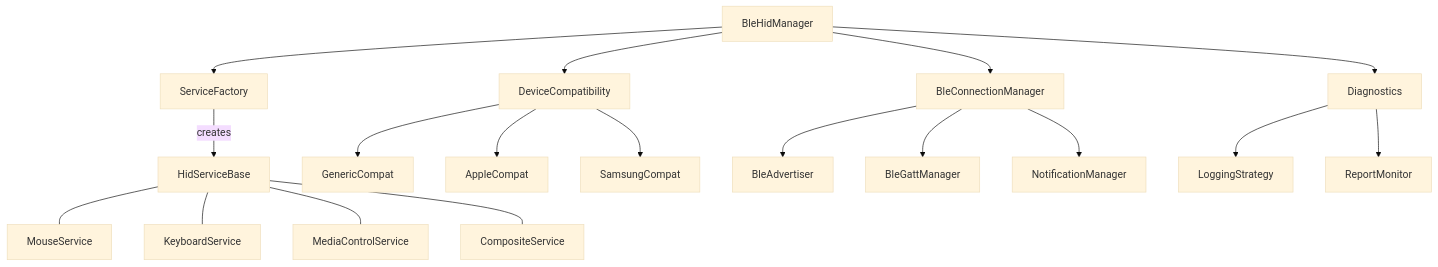
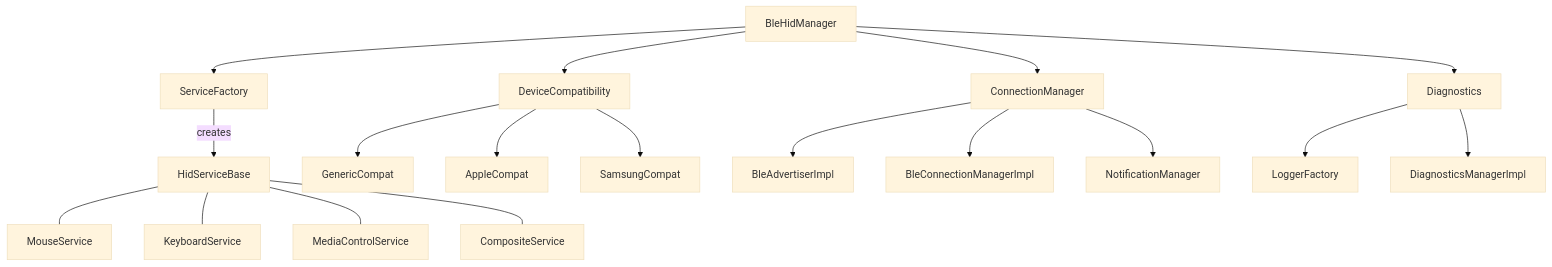
One commit to inventonater/android-ble-hid changed the diagram in docs/architecture/overview.md. Above: the diagram before and after it, drawn with Mermaid (base theme). The commit also changed other lines of this file and 3 other files, not shown here.

````diff
--- a/docs/architecture/overview.md
+++ b/docs/architecture/overview.md
@@ -7,20 +7,20 @@
 ```mermaid
 graph TD
     A[BleHidManager] --> B[ServiceFactory]
     B -->|creates| C[HidServiceBase]
     C --- D[MouseService]
     C --- E[KeyboardService]
     C --- F[MediaControlService]
     C --- G[CompositeService]
     H[DeviceCompatibility] --> I[GenericCompat]
     H --> J[AppleCompat]
     H --> K[SamsungCompat]
     A --> H
-    A --> L[BleConnectionManager]
-    L --> M[BleAdvertiser]
-    L --> N[BleGattManager]
+    A --> L[ConnectionManager]
+    L --> M[BleAdvertiserImpl]
+    L --> N[BleConnectionManagerImpl]
     L --> O[NotificationManager]
     A --> P[Diagnostics]
-    P --> Q[LoggingStrategy]
-    P --> R[ReportMonitor]
+    P --> Q[LoggerFactory]
+    P --> R[DiagnosticsManagerImpl]
 ```
````
